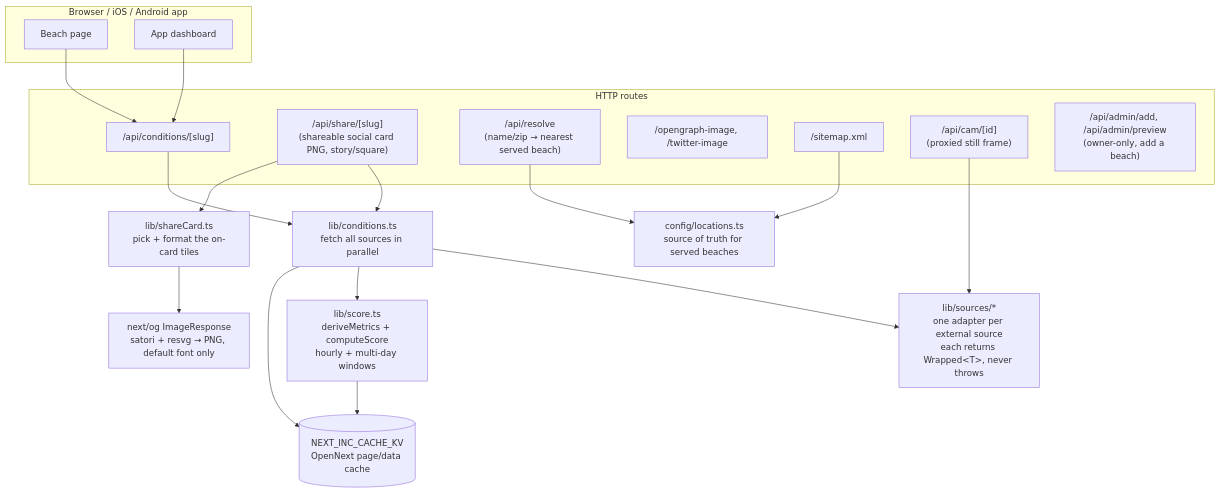
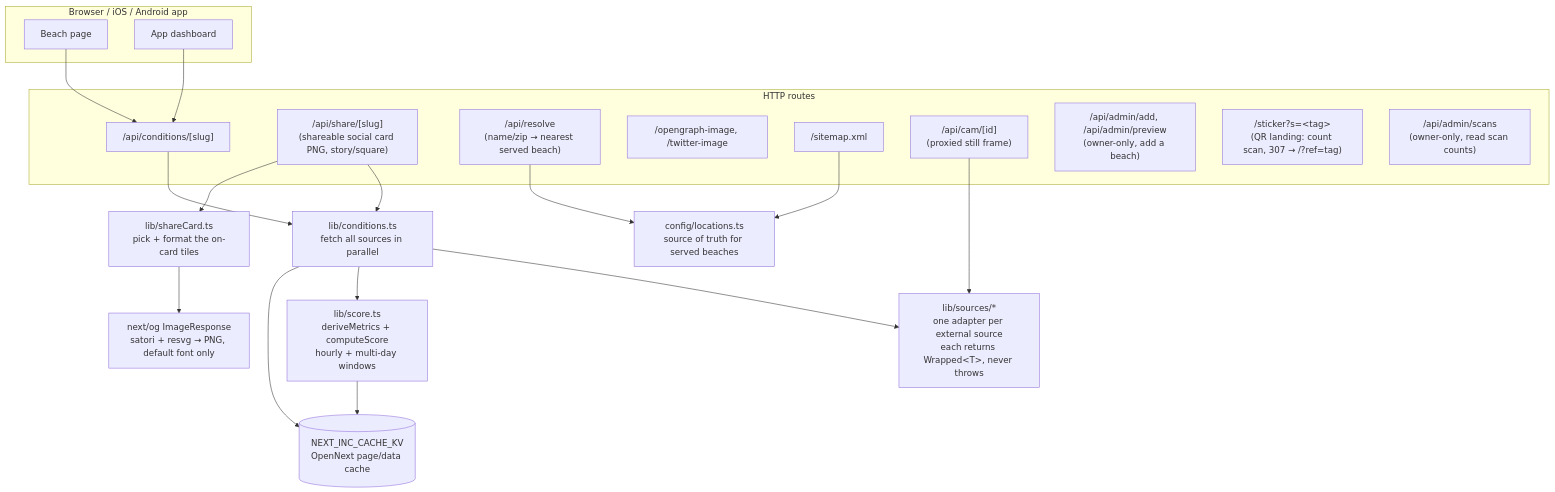
The first of 3 diagrams in docs/architecture.md (jayfrid-bot/bocabeach), drawn with Mermaid before and after one commit. The commit also changed other lines of this file and 3 other files, not shown here.

First line of the commit message:
Sticker scans: filter bots, add owner readout of scan counts

````diff
--- a/docs/architecture.md
+++ b/docs/architecture.md
@@ -18,33 +18,35 @@
 ```mermaid
 flowchart TD
   subgraph client [Browser / iOS / Android app]
     PAGE[Beach page] 
     APPUI[App dashboard]
   end
 
   PAGE --> COND
   APPUI --> COND
 
   subgraph routes [HTTP routes]
     COND["/api/conditions/[slug]"]
     SHARE["/api/share/[slug]<br/>(shareable social card PNG, story/square)"]
     RESOLVE["/api/resolve<br/>(name/zip → nearest served beach)"]
     OG["/opengraph-image, /twitter-image"]
     SITEMAP["/sitemap.xml"]
     CAM["/api/cam/[id]<br/>(proxied still frame)"]
     ADMIN["/api/admin/add, /api/admin/preview<br/>(owner-only, add a beach)"]
+    STICKER["/sticker?s=&lt;tag&gt;<br/>(QR landing: count scan, 307 → /?ref=tag)"]
+    ADMINSCANS["/api/admin/scans<br/>(owner-only, read scan counts)"]
   end
 
   COND --> PIPE[lib/conditions.ts<br/>fetch all sources in parallel]
   SHARE --> PIPE
   PIPE --> SOURCES[lib/sources/*<br/>one adapter per external source<br/>each returns Wrapped&lt;T&gt;, never throws]
   PIPE --> SCORE[lib/score.ts<br/>deriveMetrics + computeScore<br/>hourly + multi-day windows]
   SCORE --> CACHE[(NEXT_INC_CACHE_KV<br/>OpenNext page/data cache)]
   PIPE --> CACHE
   CAM --> SOURCES
   SHARE --> CARDMODEL[lib/shareCard.ts<br/>pick + format the on-card tiles]
   CARDMODEL --> IMG[next/og ImageResponse<br/>satori + resvg → PNG, default font only]
 
   RESOLVE --> LOC[config/locations.ts<br/>source of truth for served beaches]
   SITEMAP --> LOC
 ```
````
